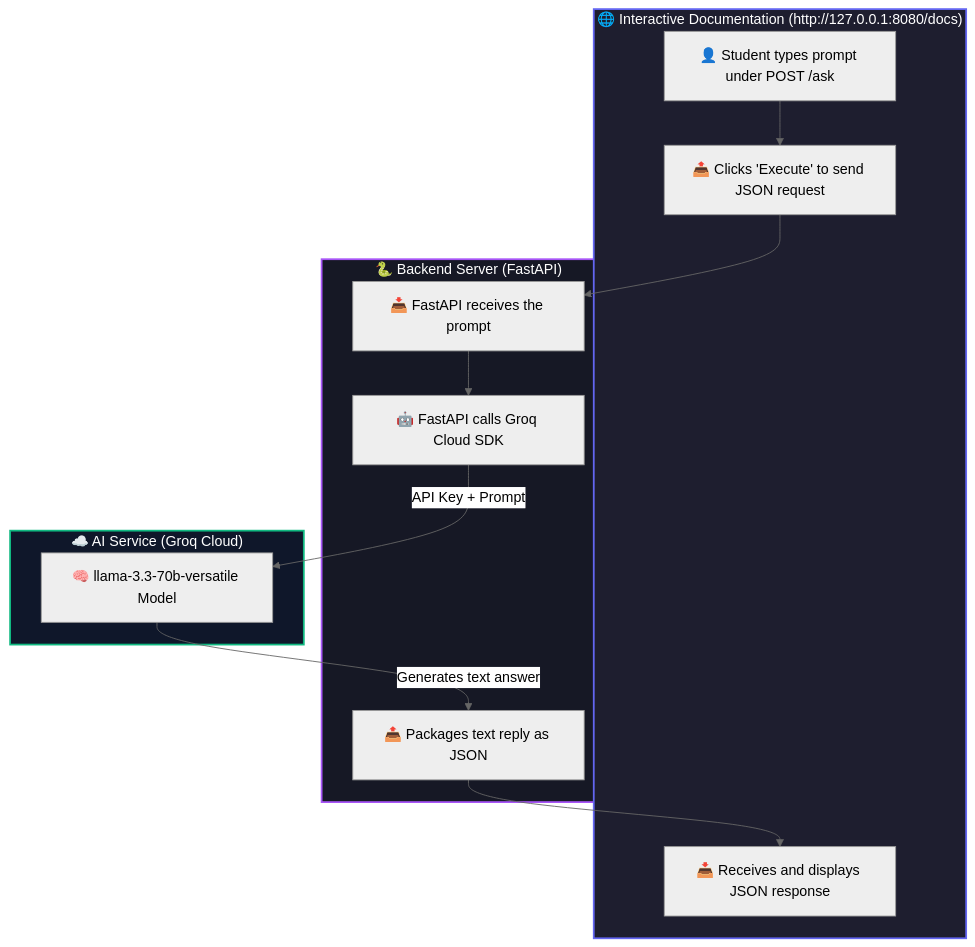
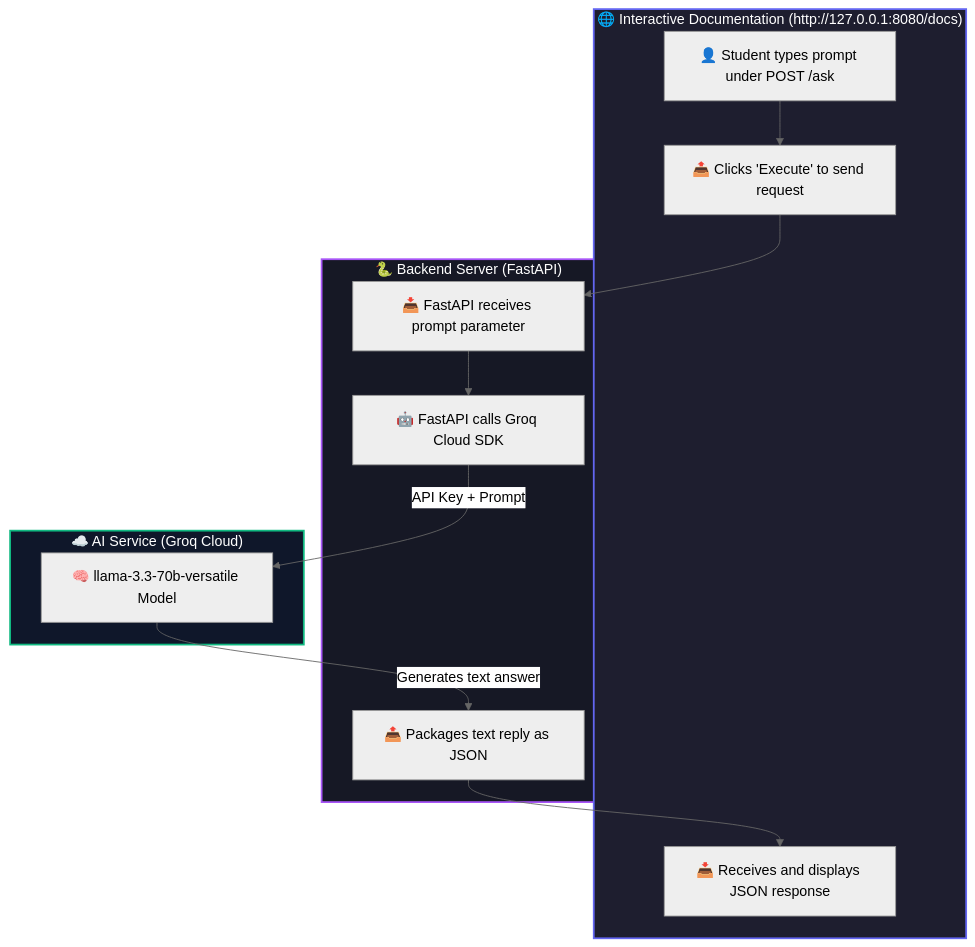
The diagram in README.md (sankaran-s2001/Nobeth-AI-chatbot-demo), drawn with Mermaid (neutral theme) before and after one commit. The commit also changed other lines of this file and 1 other file, not shown here.

Commit message:
Implement super-minimal 20-line API and update documentation

````diff
--- a/README.md
+++ b/README.md
@@ -29,22 +29,22 @@
 ```mermaid
 flowchart TD
     subgraph Browser ["🌐 Interactive Documentation (http://127.0.0.1:8080/docs)"]
-        A["👤 Student types prompt under POST /ask"] --> B["📤 Clicks 'Execute' to send JSON request"]
+        A["👤 Student types prompt under POST /ask"] --> B["📤 Clicks 'Execute' to send request"]
         F["📥 Receives and displays JSON response"]
     end
 
     subgraph Server ["🐍 Backend Server (FastAPI)"]
-        B --> C["📥 FastAPI receives the prompt"]
+        B --> C["📥 FastAPI receives prompt parameter"]
         C --> D["🤖 FastAPI calls Groq Cloud SDK"]
         E["📤 Packages text reply as JSON"] --> F
     end
 
     subgraph AI_Cloud ["☁️ AI Service (Groq Cloud)"]
         D -->|API Key + Prompt| Llama["🧠 llama-3.3-70b-versatile Model"]
         Llama -->|Generates text answer| E
     end
 
     style Browser fill:#1e1e2f,stroke:#6366f1,stroke-width:2px,color:#fff
     style Server fill:#161825,stroke:#a855f7,stroke-width:2px,color:#fff
     style AI_Cloud fill:#0f172a,stroke:#10b981,stroke-width:2px,color:#fff
 ```
````
